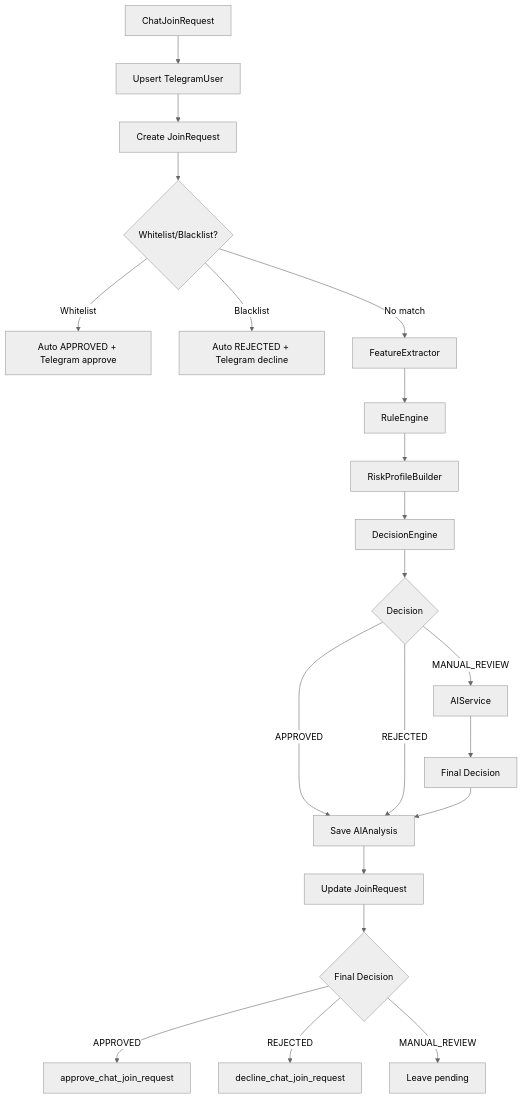
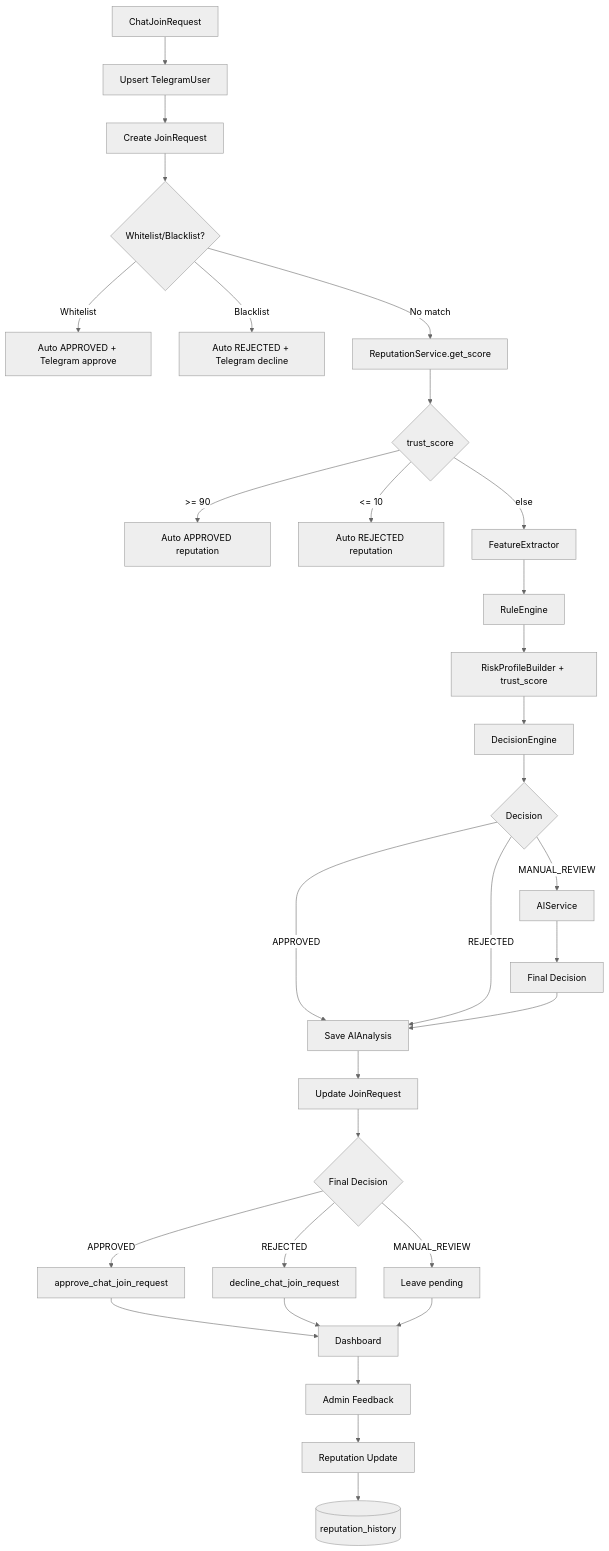
One commit to Nikigo1983/BotHunter-AI changed the diagram in docs/join_request_processing.md. Above: the diagram before and after it, drawn with Mermaid (neutral theme). The commit also changed other lines of this file and 34 other files, not shown here.

````diff
--- a/docs/join_request_processing.md
+++ b/docs/join_request_processing.md
@@ -7,23 +7,33 @@
 ```mermaid
 flowchart TD
     A[ChatJoinRequest] --> B[Upsert TelegramUser]
     B --> C[Create JoinRequest]
     C --> W{Whitelist/Blacklist?}
     W -->|Whitelist| WA[Auto APPROVED + Telegram approve]
     W -->|Blacklist| BL[Auto REJECTED + Telegram decline]
-    W -->|No match| D[FeatureExtractor]
+    W -->|No match| R[ReputationService.get_score]
+    R --> RT{trust_score}
+    RT -->|>= 90| RAA[Auto APPROVED reputation]
+    RT -->|<= 10| RAR[Auto REJECTED reputation]
+    RT -->|else| D[FeatureExtractor]
     D --> E[RuleEngine]
-    E --> F[RiskProfileBuilder]
+    E --> F[RiskProfileBuilder + trust_score]
     F --> G[DecisionEngine]
     G --> H{Decision}
     H -->|APPROVED| I[Save AIAnalysis]
     H -->|REJECTED| I
     H -->|MANUAL_REVIEW| J[AIService]
     J --> K[Final Decision]
     K --> I
     I --> L[Update JoinRequest]
     L --> M{Final Decision}
     M -->|APPROVED| N[approve_chat_join_request]
     M -->|REJECTED| O[decline_chat_join_request]
     M -->|MANUAL_REVIEW| P[Leave pending]
+    N --> DASH[Dashboard]
+    O --> DASH
+    P --> DASH
+    DASH --> ADM[Admin Feedback]
+    ADM --> REP[Reputation Update]
+    REP --> RH[(reputation_history)]
 ```
````
